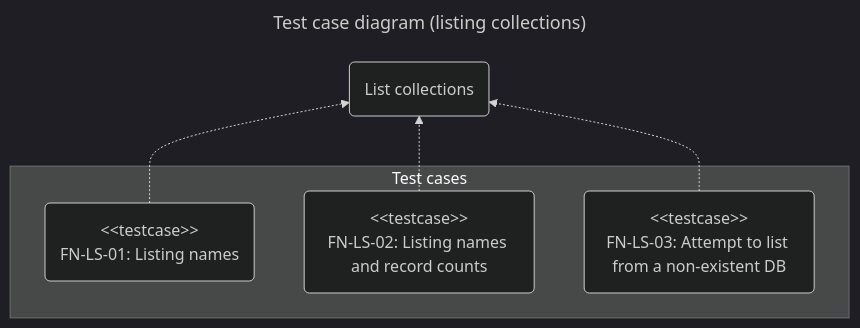
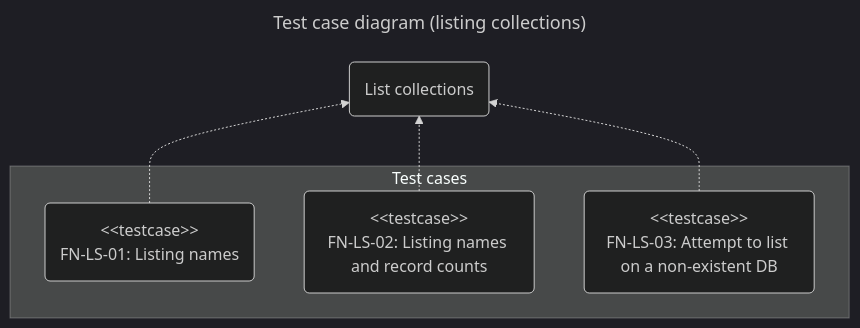
One commit to chromiodev/chromie-tool changed the first of 8 diagrams in docs/spec/tests/functional.en.md. Above: the diagram before and after it, drawn with Mermaid (dark theme). The commit also changed other lines of this file and 5 other files, not shown here.

````diff
--- a/docs/spec/tests/functional.en.md
+++ b/docs/spec/tests/functional.en.md
@@ -49,21 +49,21 @@
 ```mermaid
 ---
 title: Test case diagram (listing collections)
 config:
 ---
 
 graph BT
   %% use cases
   listColls@{ shape: "rounded", label: "List collections" }
 
   subgraph "Test cases"
     listCollNames@{ shape: "rounded", label: "#lt;#lt;testcase>><br>FN-LS-01: Listing names" }
     listCollNamesAndCount@{ shape: "rounded", label: "#lt;#lt;testcase>><br>FN-LS-02: Listing names and record counts" }
-    listOnUnknownServer@{ shape: "rounded", label: "#lt;#lt;testcase>><br>FN-LS-03: Attempt to list from a non-existent DB" }
+    listOnUnknownServer@{ shape: "rounded", label: "#lt;#lt;testcase>><br>FN-LS-03: Attempt to list on a non-existent DB" }
   end
 
 
   listCollNames -.-> listColls
   listCollNamesAndCount -.-> listColls
   listOnUnknownServer -.-> listColls
 ```
````
